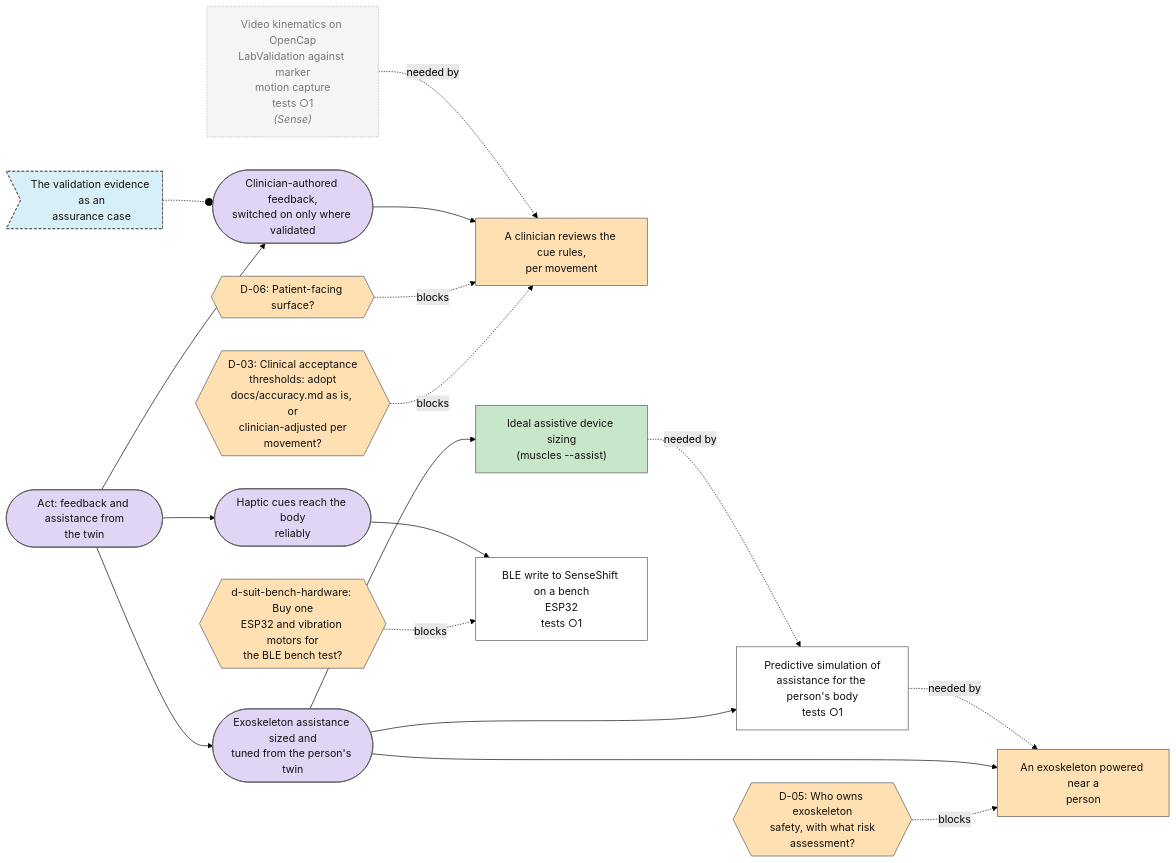
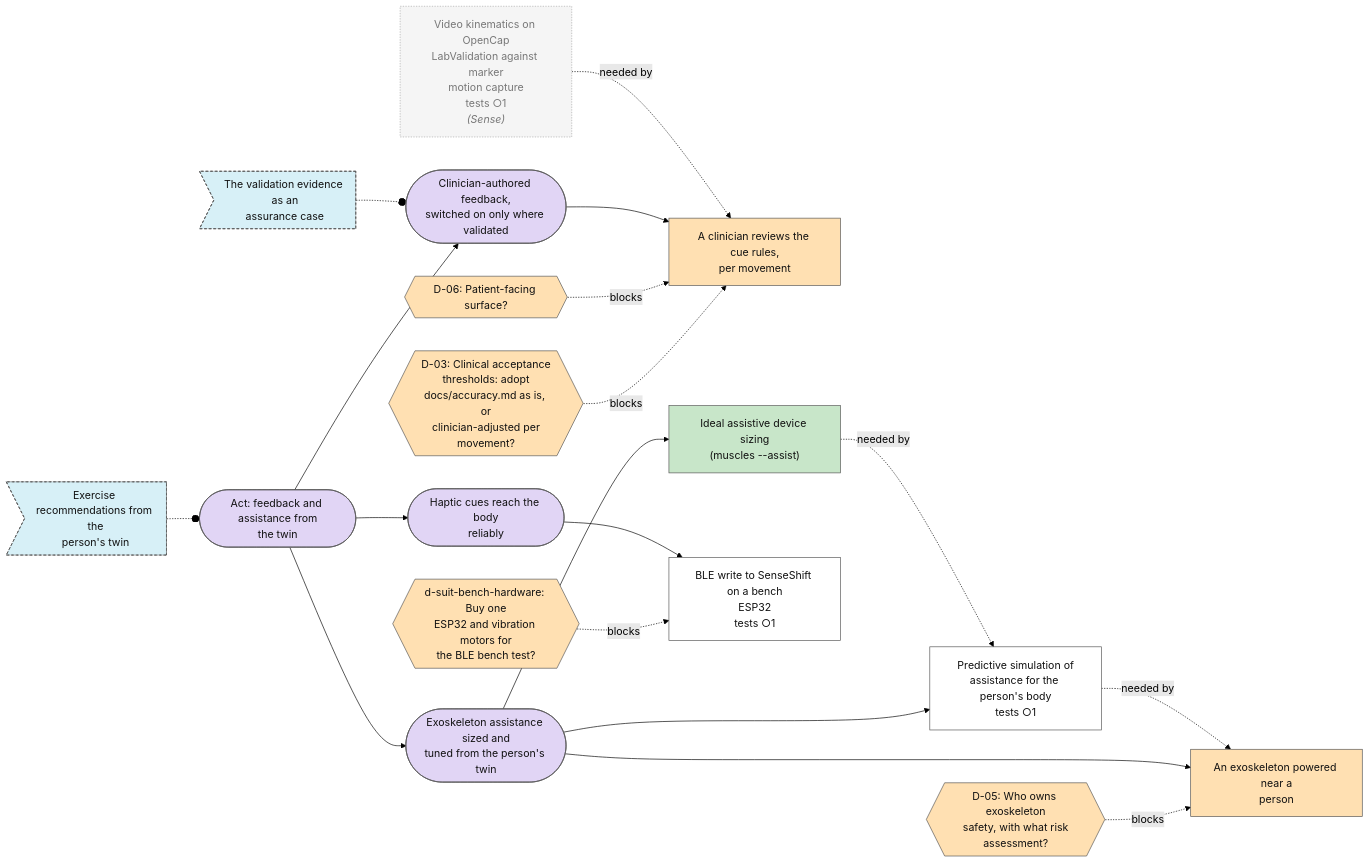
One commit to Sigurius23/Rehab-agent changed the sixth of 7 diagrams in plan/MAP.md. Above: the diagram before and after it, drawn with Mermaid (forest theme). The commit also changed other lines of this file and 33 other files, not shown here.

````diff
--- a/plan/MAP.md
+++ b/plan/MAP.md
@@ -279,53 +323,55 @@
 ```mermaid
 flowchart LR
   n0{{"D-03: Clinical acceptance<br/>thresholds: adopt<br/>docs/accuracy.md as is, or<br/>clinician-adjusted per<br/>movement?"}}:::decision_open
   n1{{"D-05: Who owns exoskeleton<br/>safety, with what risk<br/>assessment?"}}:::decision_open
   n2{{"D-06: Patient-facing surface?"}}:::decision_open
   n3["A clinician reviews the cue rules,<br/>per movement"]:::step_blocked
   n4{{"d-suit-bench-hardware: Buy one<br/>ESP32 and vibration motors for<br/>the BLE bench test?"}}:::decision_open
   n5["Predictive simulation of<br/>assistance for the person's body<br/>tests ○1"]:::step_open
   n6["An exoskeleton powered near a<br/>person"]:::step_blocked
   n7["Ideal assistive device sizing<br/>(muscles --assist)"]:::step_done
   n8(["Clinician-authored feedback,<br/>switched on only where validated"]):::goal_open
   n9(["Exoskeleton assistance sized and<br/>tuned from the person's twin"]):::goal_open
   n10(["Haptic cues reach the body<br/>reliably"]):::goal_open
   n11>"The validation evidence as an<br/>assurance case"]:::idea_new
-  n12(["Act: feedback and assistance from<br/>the twin"]):::goal_open
-  n13["BLE write to SenseShift on a bench<br/>ESP32<br/>tests ○1"]:::step_open
-  n14["Video kinematics on OpenCap<br/>LabValidation against marker<br/>motion capture<br/>tests ○1<br/><i>(Sense)</i>"]:::external
+  n12>"Exercise recommendations from the<br/>person's twin"]:::idea_new
+  n13(["Act: feedback and assistance from<br/>the twin"]):::goal_open
+  n14["BLE write to SenseShift on a bench<br/>ESP32<br/>tests ○1"]:::step_open
+  n15["Video kinematics on OpenCap<br/>LabValidation against marker<br/>motion capture<br/>tests ○1<br/><i>(Sense)</i>"]:::external
   n0 -. blocks .-> n3
   n1 -. blocks .-> n6
   n2 -. blocks .-> n3
   n8 --> n3
-  n14 -. needed by .-> n3
-  n4 -. blocks .-> n13
+  n15 -. needed by .-> n3
+  n4 -. blocks .-> n14
   n9 --> n5
   n7 -. needed by .-> n5
   n9 --> n6
   n5 -. needed by .-> n6
   n9 --> n7
-  n12 --> n8
-  n12 --> n9
-  n12 --> n10
+  n13 --> n8
+  n13 --> n9
+  n13 --> n10
   n11 -.-o n8
-  n10 --> n13
+  n12 -.-o n13
+  n10 --> n14
   classDef goal_open fill:#e1d5f5,stroke:#555,color:#111
   classDef goal_done fill:#c8e6c9,stroke:#555,color:#111
   classDef step_open fill:#ffffff,stroke:#555,color:#111
   classDef step_doing fill:#fff3c4,stroke:#555,color:#111
   classDef step_done fill:#c8e6c9,stroke:#555,color:#111
   classDef step_blocked fill:#ffe0b2,stroke:#555,color:#111
   classDef step_dropped fill:#eeeeee,stroke:#555,color:#111
   classDef test_planned fill:#ffffff,stroke:#555,color:#111
   classDef test_running fill:#fff3c4,stroke:#555,color:#111
   classDef test_passed fill:#c8e6c9,stroke:#555,color:#111
   classDef test_failed fill:#ffcdd2,stroke:#555,color:#111
   classDef test_mixed fill:#fff3c4,stroke:#555,color:#111
   classDef test_dropped fill:#eeeeee,stroke:#555,color:#111
   classDef idea_new fill:#d7f0f7,stroke:#555,color:#111,stroke-dasharray: 4 3
   classDef idea_promoted fill:#eeeeee,stroke:#555,color:#111,stroke-dasharray: 4 3
   classDef idea_dropped fill:#eeeeee,stroke:#555,color:#111,stroke-dasharray: 4 3
   classDef decision_open fill:#ffe0b2,stroke:#555,color:#111
   classDef decision_decided fill:#ffe0b2,stroke:#555,color:#111
   classDef external fill:#f5f5f5,stroke:#aaa,color:#777,stroke-dasharray: 2 2
 ```
````
